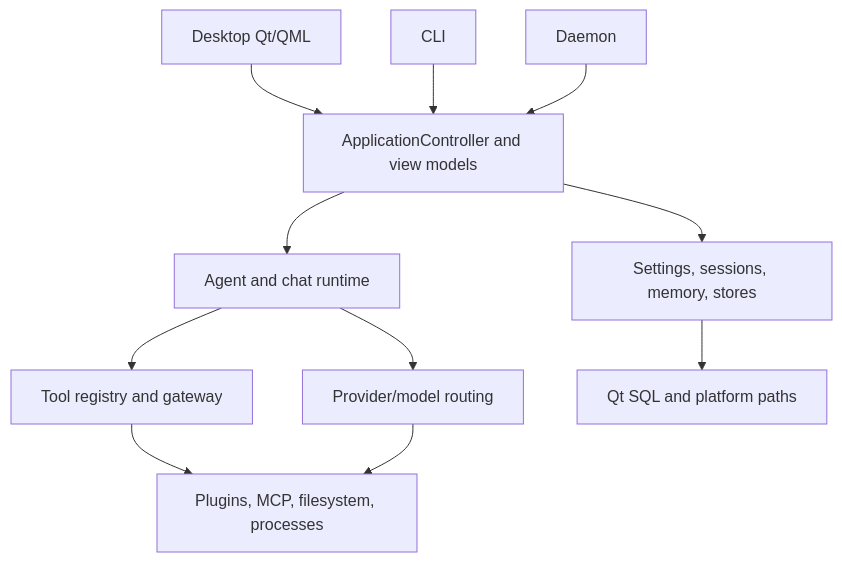
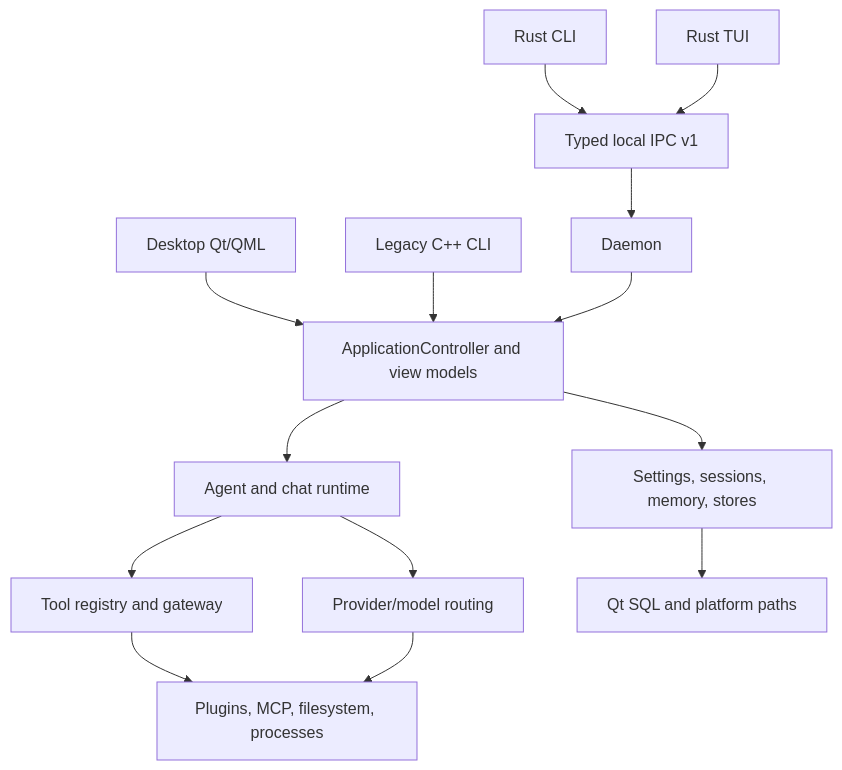
One commit to Sopwit/Sentinel changed the diagram in docs/development/ARCHITECTURE.md. Above: the diagram before and after it, drawn with Mermaid. The commit also changed other lines of this file and 30 other files, not shown here.

Commit message:
feat: add daemon IPC and Rust clients

````diff
--- a/docs/development/ARCHITECTURE.md
+++ b/docs/development/ARCHITECTURE.md
@@ -5,13 +5,16 @@
 ```mermaid
 flowchart TD
   D[Desktop Qt/QML] --> A[ApplicationController and view models]
-  C[CLI] --> A
+  C[Legacy C++ CLI] --> A
+  RC[Rust CLI] --> IPC[Typed local IPC v1]
+  RT[Rust TUI] --> IPC
+  IPC --> N
   N[Daemon] --> A
   A --> R[Agent and chat runtime]
   R --> T[Tool registry and gateway]
   R --> P[Provider/model routing]
   A --> S[Settings, sessions, memory, stores]
   T --> X[Plugins, MCP, filesystem, processes]
   P --> X
   S --> O[Qt SQL and platform paths]
 ```
````
